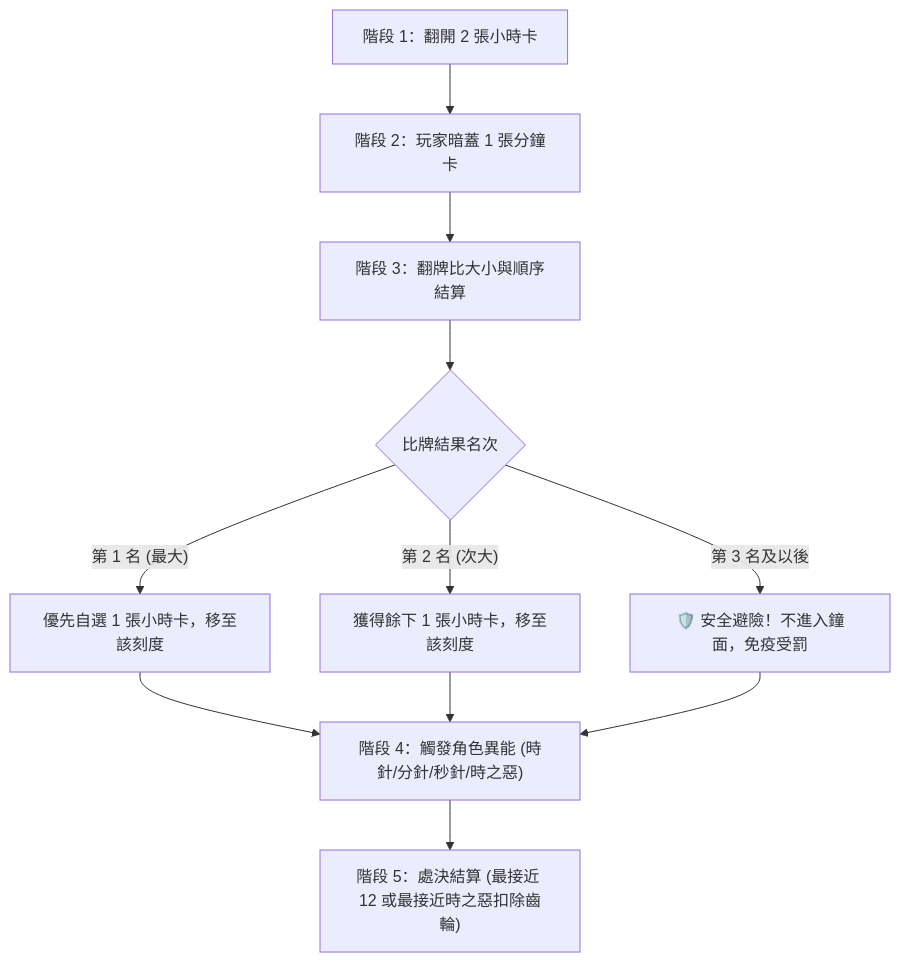
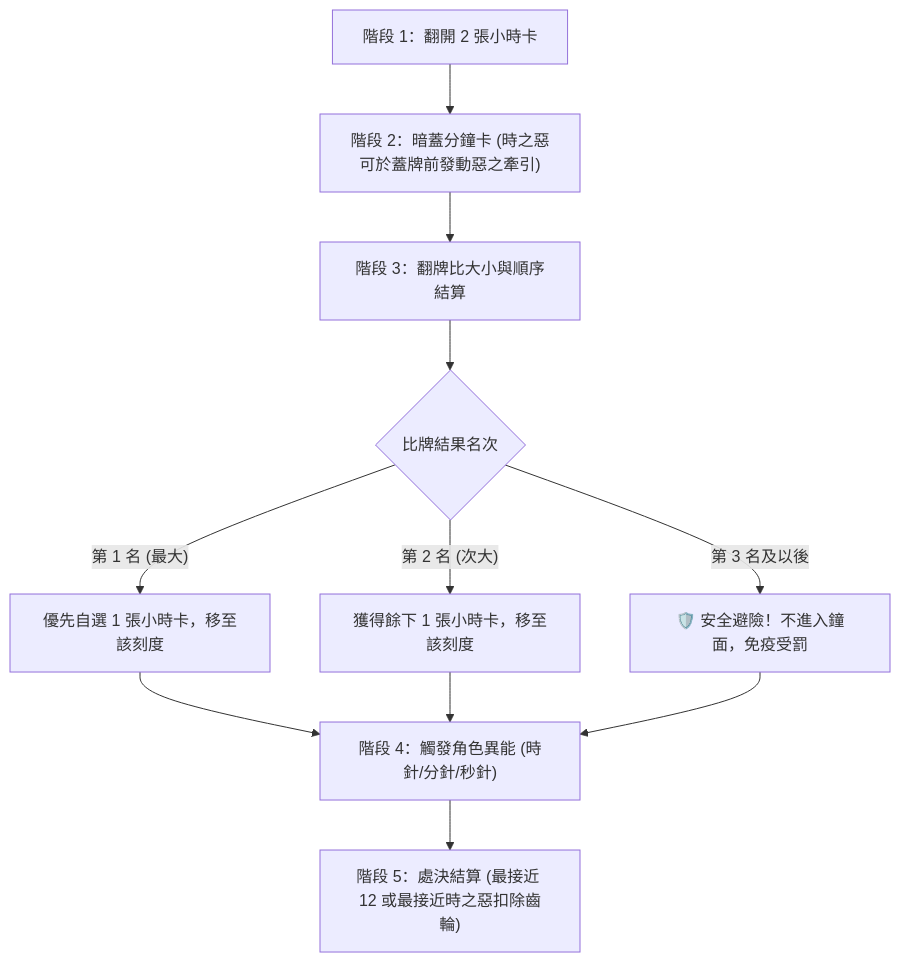
Before and after one commit to boychan1231/Eaten-into-Memory: the diagram in GAMEPLAY.md, drawn with Mermaid. The commit also changed other lines of this file and 20 other files, not shown here.

````diff
--- a/GAMEPLAY.md
+++ b/GAMEPLAY.md
@@ -63,13 +63,13 @@
 ```mermaid
 flowchart TD
-    A["階段 1：翻開 2 張小時卡"] --> B["階段 2：玩家暗蓋 1 張分鐘卡"]
+    A["階段 1：翻開 2 張小時卡"] --> B["階段 2：暗蓋分鐘卡 (時之惡可於蓋牌前發動惡之牽引)"]
     B --> C["階段 3：翻牌比大小與順序結算"]
     C --> D{"比牌結果名次"}
     D -->|"第 1 名 (最大)"| E["優先自選 1 張小時卡，移至該刻度"]
     D -->|"第 2 名 (次大)"| F["獲得餘下 1 張小時卡，移至該刻度"]
     D -->|"第 3 名及以後"| G["🛡️ 安全避險！不進入鐘面，免疫受罰"]
-    E --> H["階段 4：觸發角色異能 (時針/分針/秒針/時之惡)"]
+    E --> H["階段 4：觸發角色異能 (時針/分針/秒針)"]
     F --> H
     G --> H
     H --> I["階段 5：處決結算 (最接近 12 或最接近時之惡扣除齒輪)"]
 ```
````
